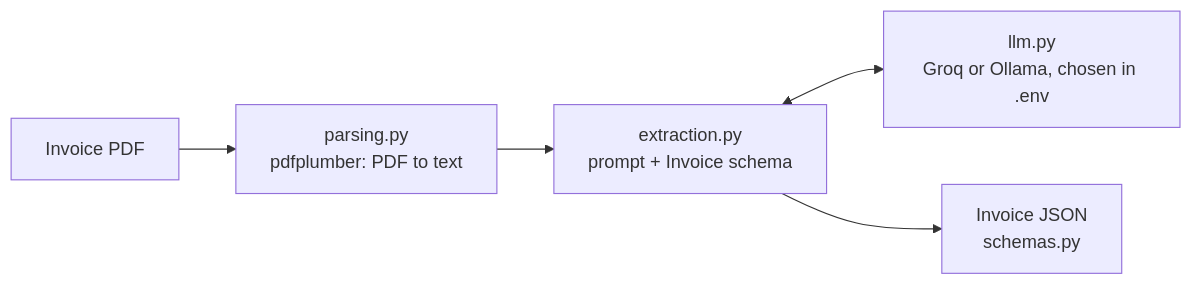
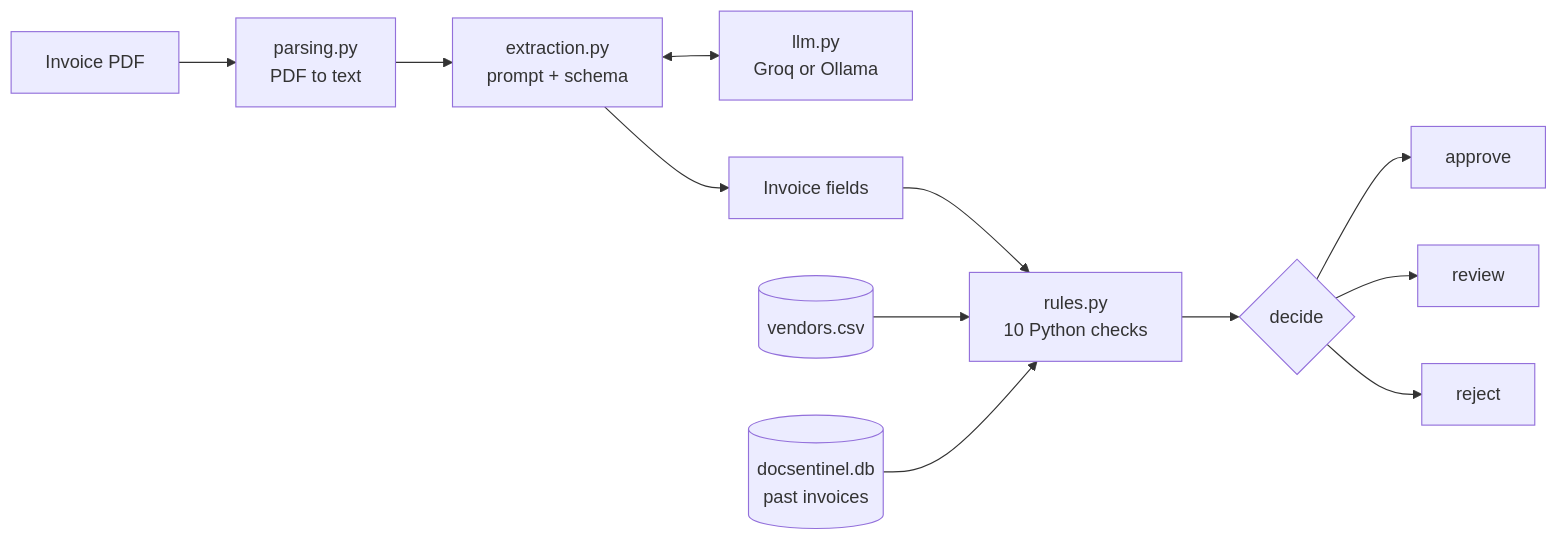
Before and after one commit to Harshpatil3640/docsentinel: the diagram in docs/ARCHITECTURE.md, drawn with Mermaid. The commit also changed other lines of this file and 8 other files, not shown here.

````diff
--- a/docs/ARCHITECTURE.md
+++ b/docs/ARCHITECTURE.md
@@ -5,7 +5,14 @@
 ```mermaid
 flowchart LR
-    A[Invoice PDF] --> B[parsing.py<br/>pdfplumber: PDF to text]
-    B --> C[extraction.py<br/>prompt + Invoice schema]
-    C <--> D[llm.py<br/>Groq or Ollama, chosen in .env]
-    C --> E[Invoice JSON<br/>schemas.py]
+    A[Invoice PDF] --> B[parsing.py<br/>PDF to text]
+    B --> C[extraction.py<br/>prompt + schema]
+    C <--> D[llm.py<br/>Groq or Ollama]
+    C --> E[Invoice fields]
+    E --> F[rules.py<br/>10 Python checks]
+    G[(vendors.csv)] --> F
+    H[(docsentinel.db<br/>past invoices)] --> F
+    F --> I{decide}
+    I --> J[approve]
+    I --> K[review]
+    I --> L[reject]
 ```
````
